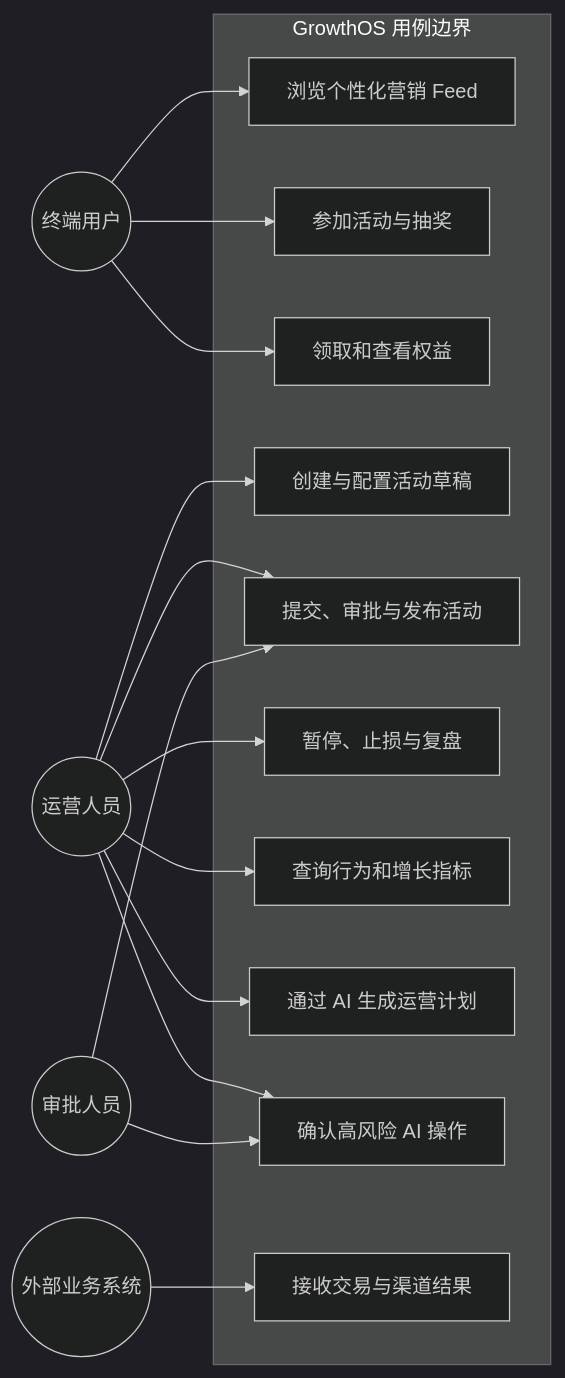
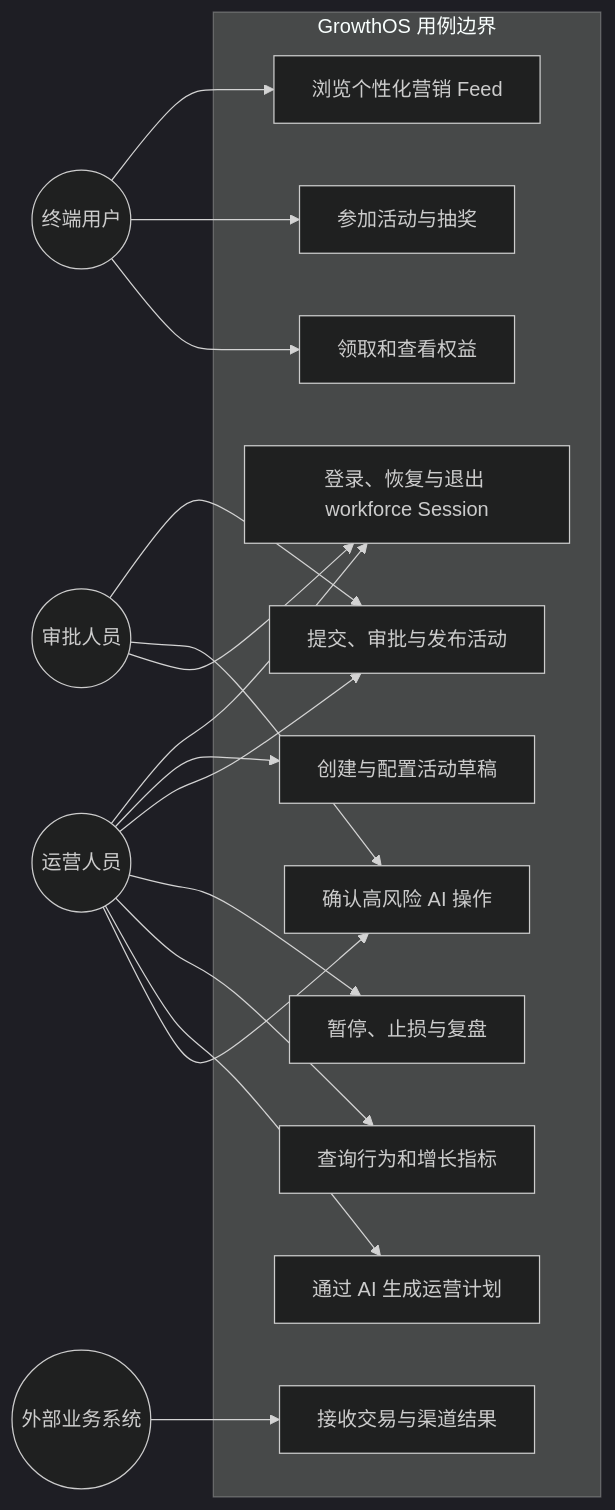
Before and after one commit to Atingaii/GrowthOS-Go: the third of 5 diagrams in docs/product/system-design-v0.md, drawn with Mermaid (dark theme). The commit also changed other lines of this file and 4 other files, not shown here.

````diff
--- a/docs/product/system-design-v0.md
+++ b/docs/product/system-design-v0.md
@@ -116,33 +121,36 @@
 ```mermaid
 flowchart LR
     U((终端用户))
     O((运营人员))
     A((审批人员))
     S((外部业务系统))
 
     subgraph USECASES[GrowthOS 用例边界]
+        UC0[登录、恢复与退出 workforce Session]
         UC1[浏览个性化营销 Feed]
         UC2[参加活动与抽奖]
         UC3[领取和查看权益]
         UC4[创建与配置活动草稿]
         UC5[提交、审批与发布活动]
         UC6[暂停、止损与复盘]
         UC7[查询行为和增长指标]
         UC8[通过 AI 生成运营计划]
         UC9[确认高风险 AI 操作]
         UC10[接收交易与渠道结果]
     end
 
     U --> UC1
     U --> UC2
     U --> UC3
+    O --> UC0
     O --> UC4
     O --> UC5
     O --> UC6
     O --> UC7
     O --> UC8
     O --> UC9
     A --> UC5
     A --> UC9
+    A --> UC0
     S --> UC10
 ```
````
